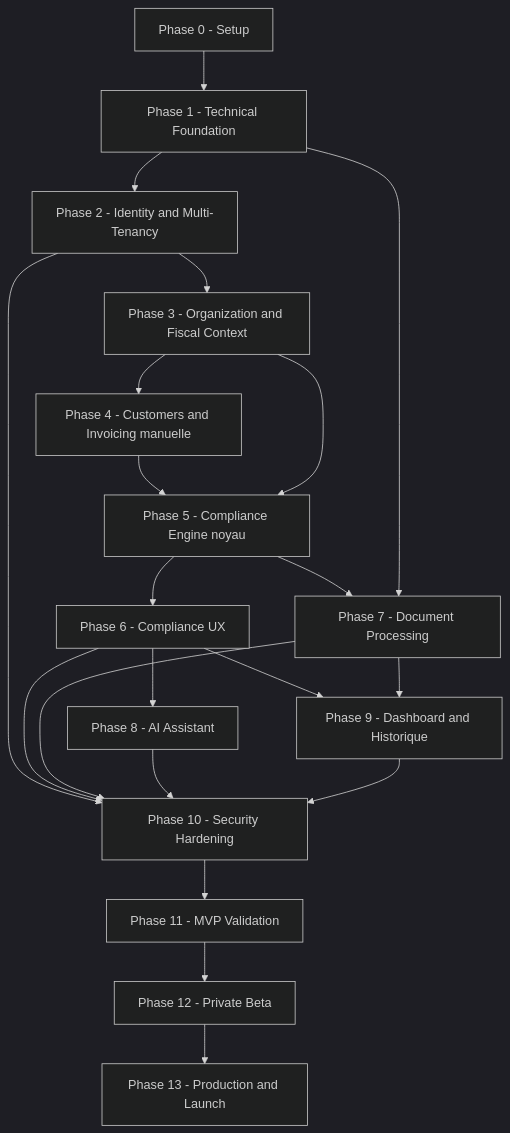
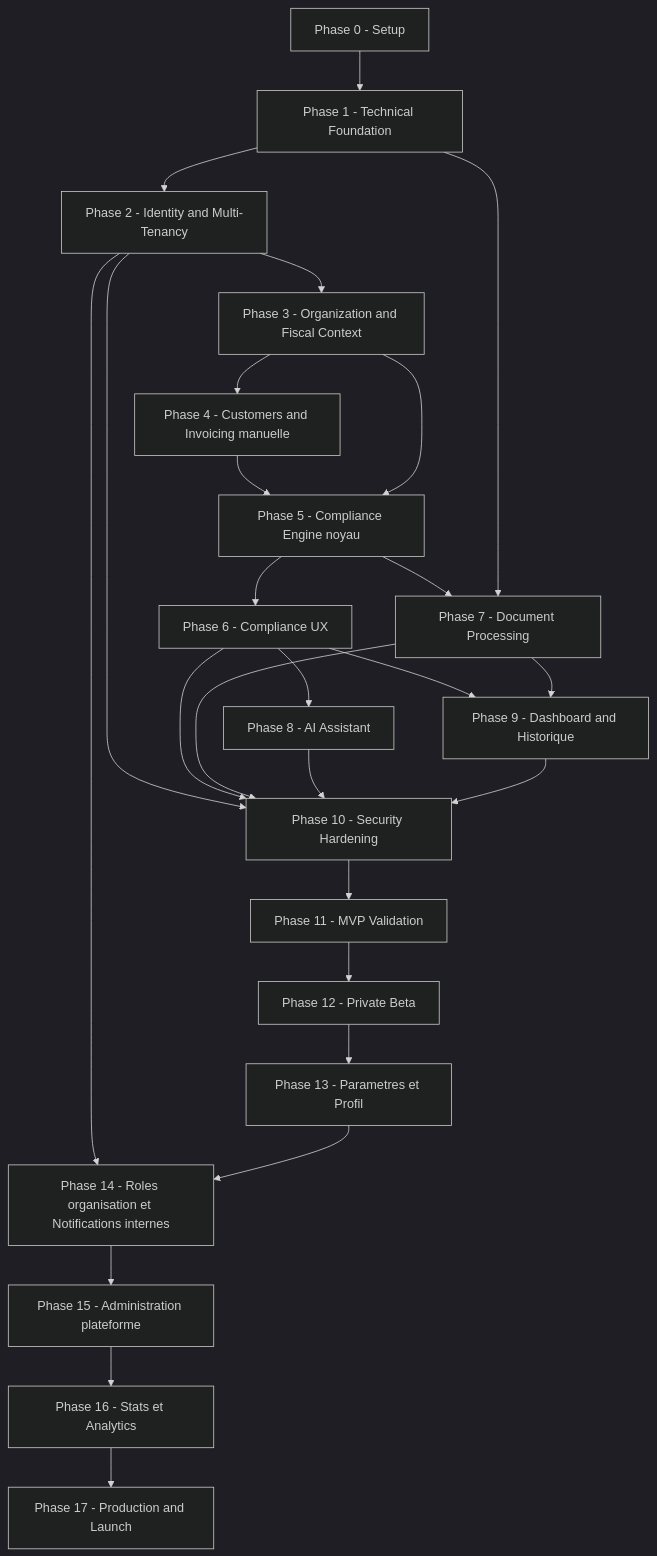
Before and after one commit to Joello61/factu-sentinel: the first of 2 diagrams in docs/12-roadmap.md, drawn with Mermaid (dark theme). The commit also changed other lines of this file and 10 other files, not shown here.

````diff
--- a/docs/12-roadmap.md
+++ b/docs/12-roadmap.md
@@ -384,23 +441,28 @@
 ```mermaid
 flowchart TD
     P0[Phase 0 - Setup] --> P1[Phase 1 - Technical Foundation]
     P1 --> P2[Phase 2 - Identity and Multi-Tenancy]
     P2 --> P3[Phase 3 - Organization and Fiscal Context]
     P3 --> P4[Phase 4 - Customers and Invoicing manuelle]
     P4 --> P5[Phase 5 - Compliance Engine noyau]
     P3 --> P5
     P5 --> P6[Phase 6 - Compliance UX]
     P5 --> P7[Phase 7 - Document Processing]
     P1 --> P7
     P6 --> P8[Phase 8 - AI Assistant]
     P6 --> P9[Phase 9 - Dashboard and Historique]
     P7 --> P9
     P2 --> P10[Phase 10 - Security Hardening]
     P6 --> P10
     P7 --> P10
     P8 --> P10
     P9 --> P10
     P10 --> P11[Phase 11 - MVP Validation]
     P11 --> P12[Phase 12 - Private Beta]
-    P12 --> P13[Phase 13 - Production and Launch]
+    P12 --> P13[Phase 13 - Parametres et Profil]
+    P2 --> P14[Phase 14 - Roles organisation et Notifications internes]
+    P13 --> P14
+    P14 --> P15[Phase 15 - Administration plateforme]
+    P15 --> P16[Phase 16 - Stats et Analytics]
+    P16 --> P17[Phase 17 - Production and Launch]
 ```
````
